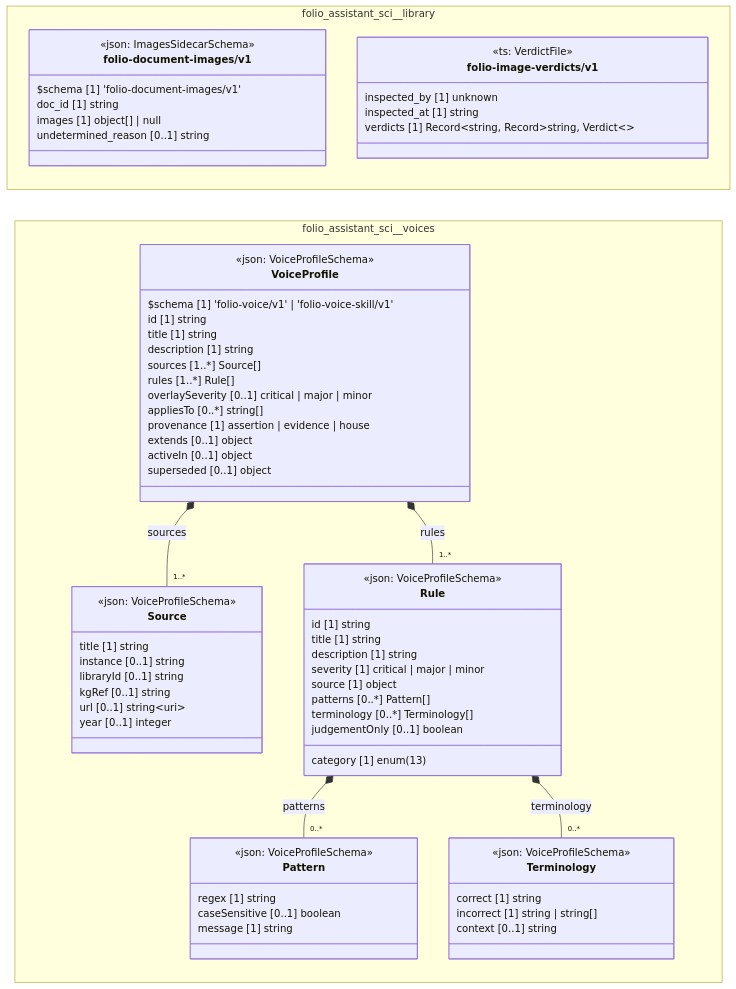
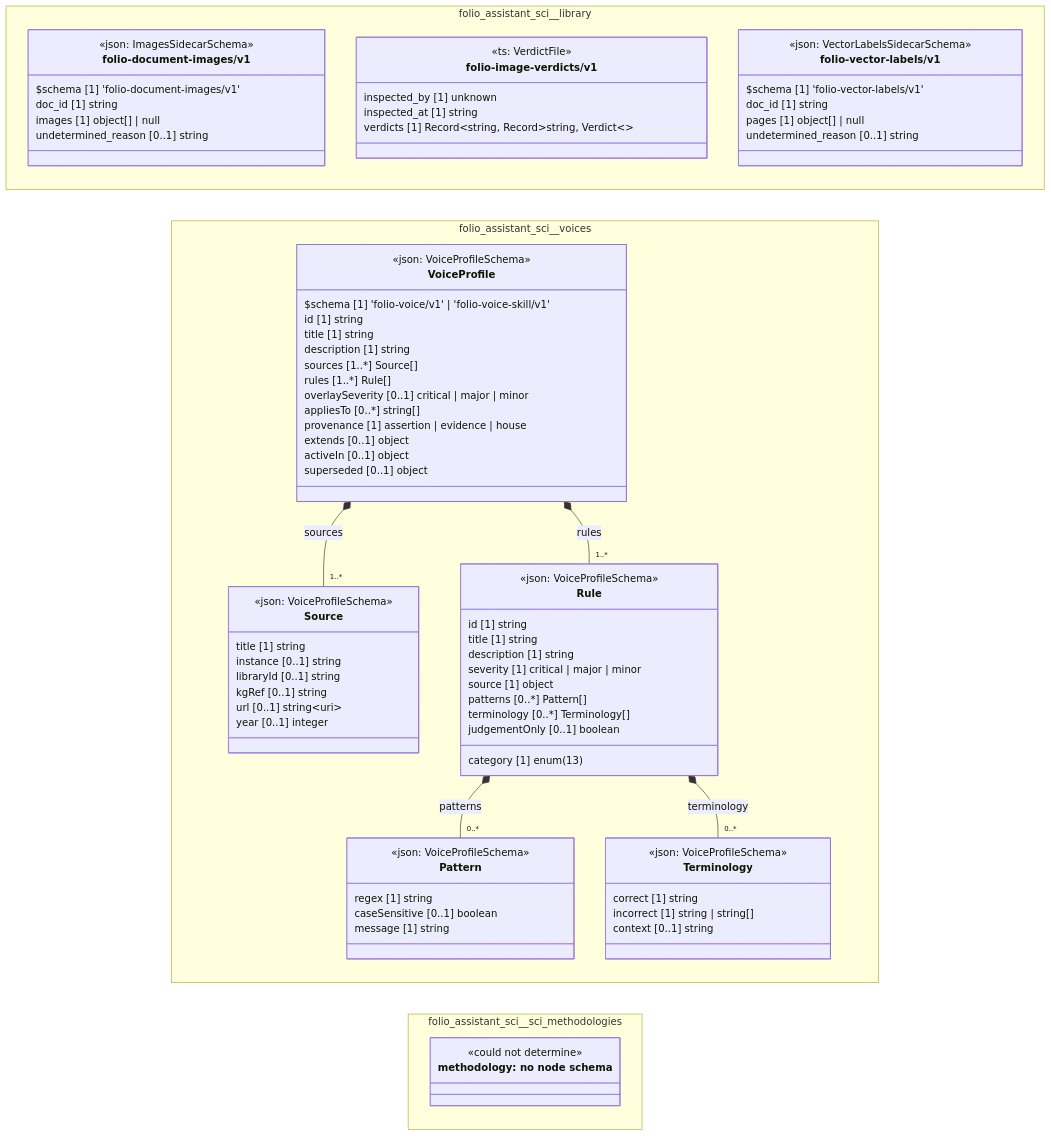
One commit to litlfred/folio-assistant changed the diagram in cat-harness/docs/uml/overview/folio-assistant-sci.md. Above: the diagram before and after it, drawn with Mermaid. The commit also changed other lines of this file and 346 other files, not shown here.

First line of the commit message:
Ingest three Lean-autoformalization papers into folio-assistant-sci

````diff
--- a/cat-harness/docs/uml/overview/folio-assistant-sci.md
+++ b/cat-harness/docs/uml/overview/folio-assistant-sci.md
@@ -57,6 +59,13 @@
       inspected_by [1] unknown
       inspected_at [1] string
       verdicts [1] Record~string, Record~string, Verdict~~
+    }
+    class folio_assistant_sci_library_folio_vector_labels_v1_folio_vector_labels_v1["folio-vector-labels/v1"] {
+      <<json: VectorLabelsSidecarSchema>>
+      $schema [1] 'folio-vector-labels/v1'
+      doc_id [1] string
+      pages [1] object[] | null
+      undetermined_reason [0..1] string
     }
   }
   namespace folio_assistant_sci__voices {
@@ -109,8 +118,14 @@
       superseded [0..1] object
     }
   }
+  namespace folio_assistant_sci__sci_methodologies {
+    class n_folio_assistant_sci_sci_methodologies_methodology["methodology: no node schema"] {
+      <<could not determine>>
+    }
+  }
   cssClass "folio_assistant_sci_library_folio_document_images_v1_folio_document_images_v1" fa_uml_kind_library
   cssClass "folio_assistant_sci_library_folio_image_verdicts_v1" fa_uml_kind_library
+  cssClass "folio_assistant_sci_library_folio_vector_labels_v1_folio_vector_labels_v1" fa_uml_kind_library
   folio_assistant_sci_voices_VoiceProfile *-- "1..*" folio_assistant_sci_voices_Source : sources
   folio_assistant_sci_voices_Rule *-- "0..*" folio_assistant_sci_voices_Pattern : patterns
   folio_assistant_sci_voices_Rule *-- "0..*" folio_assistant_sci_voices_Terminology : terminology
@@ -120,4 +135,6 @@
   cssClass "folio_assistant_sci_voices_Terminology" fa_uml_kind_voices
   cssClass "folio_assistant_sci_voices_Rule" fa_uml_kind_voices
   cssClass "folio_assistant_sci_voices_VoiceProfile" fa_uml_kind_voices
+  cssClass "n_folio_assistant_sci_sci_methodologies_methodology" fa_uml_kind_methodology
+  cssClass "n_folio_assistant_sci_sci_methodologies_methodology" fa_uml_undetermined
 ```
````
